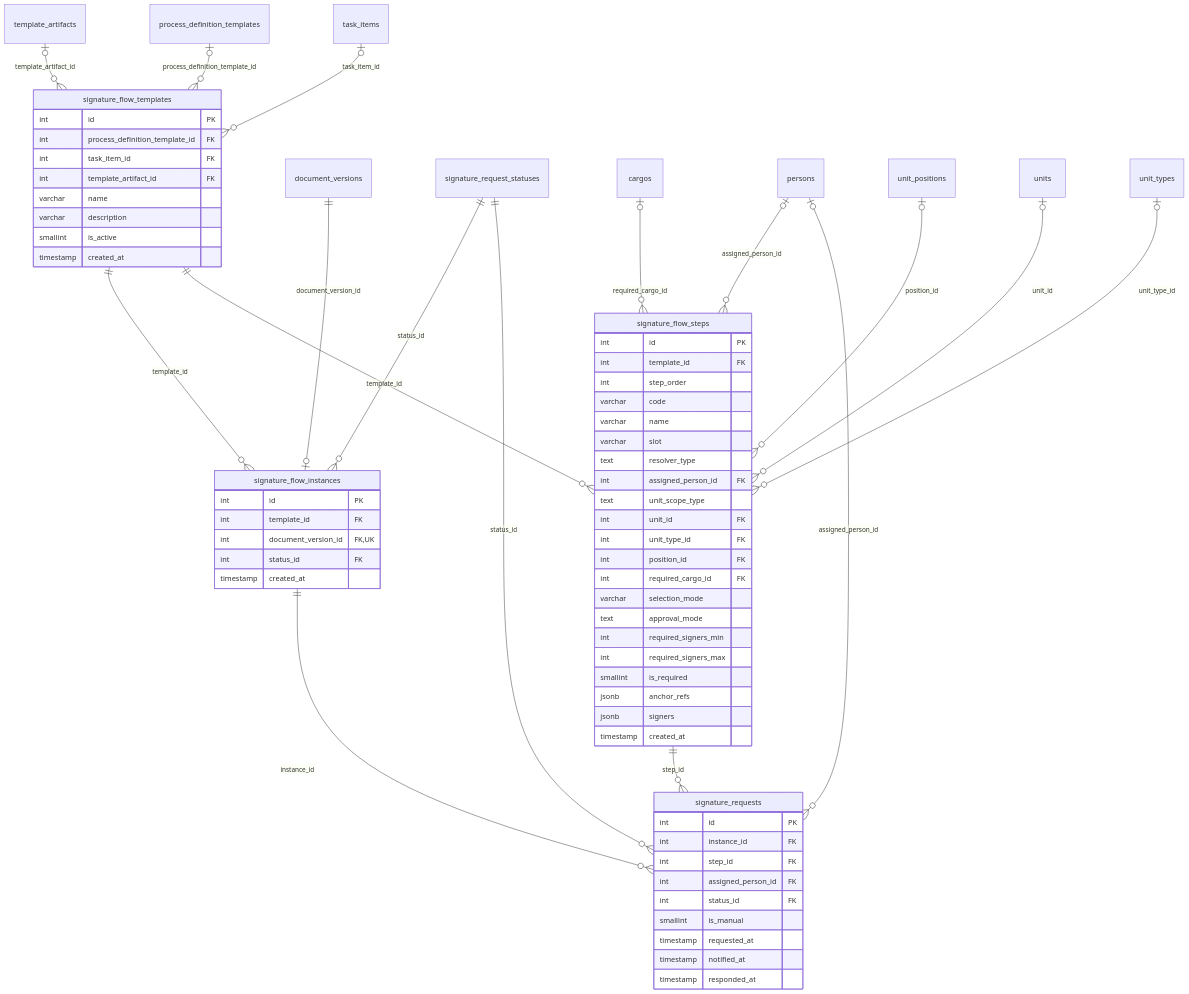
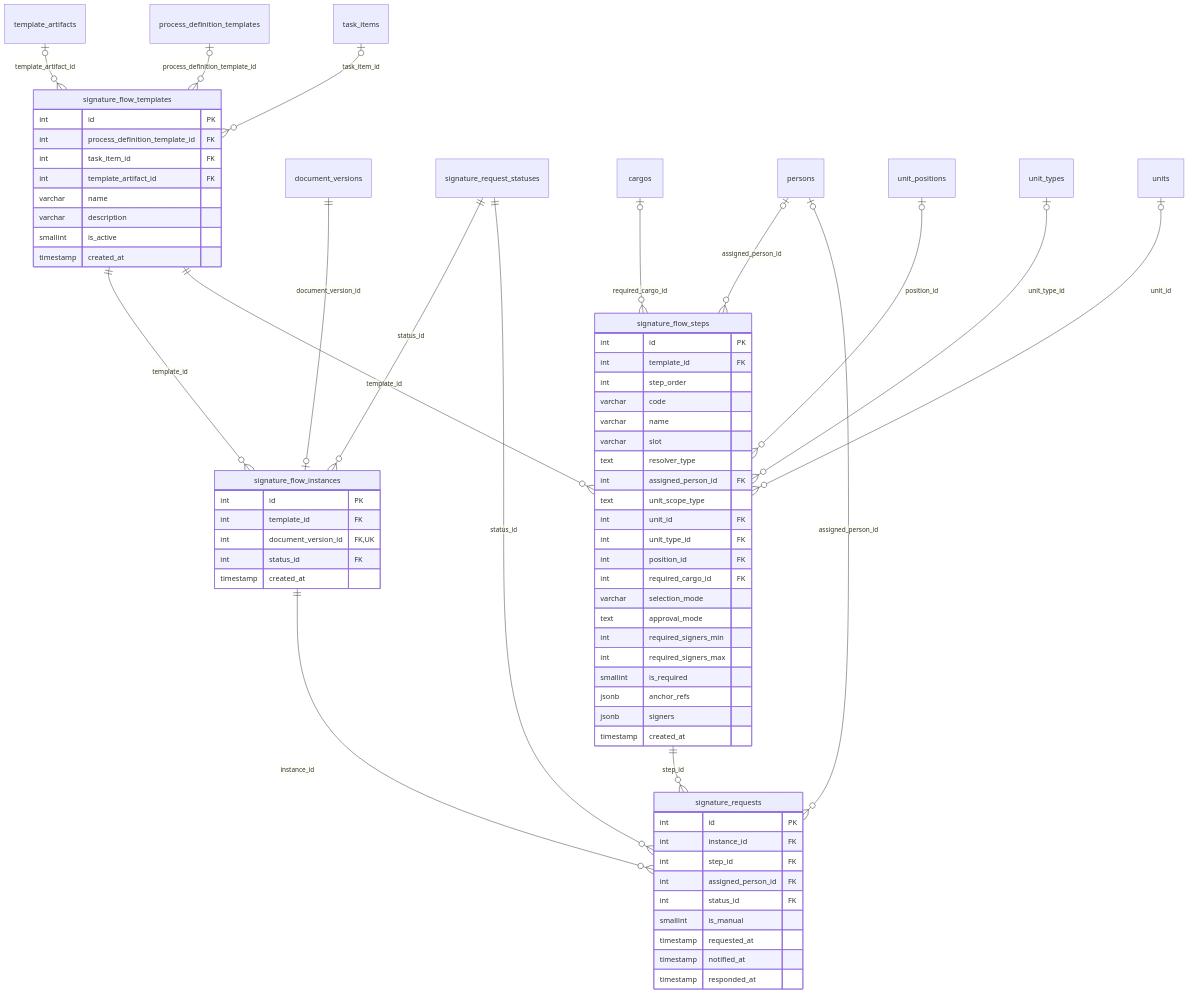
Before and after one commit to fresvel/deasy: the eighth of 10 diagrams in docs/src/content/docs/modelo/mapa-con-campos.md, drawn with Mermaid. The commit also changed other lines of this file and 20 other files, not shown here.

````diff
--- a/docs/src/content/docs/modelo/mapa-con-campos.md
+++ b/docs/src/content/docs/modelo/mapa-con-campos.md
@@ -573,71 +573,71 @@
 ```mermaid
 erDiagram
   %% generado por scripts/docs/gen-mapa-campos.mjs: no se edita a mano
   signature_flow_templates {
     int id PK
     int process_definition_template_id FK
     int task_item_id FK
     int template_artifact_id FK
     varchar name
     varchar description
     smallint is_active
     timestamp created_at
   }
   signature_flow_steps {
     int id PK
     int template_id FK
     int step_order
     varchar code
     varchar name
     varchar slot
     text resolver_type
     int assigned_person_id FK
     text unit_scope_type
     int unit_id FK
     int unit_type_id FK
     int position_id FK
     int required_cargo_id FK
     varchar selection_mode
     text approval_mode
     int required_signers_min
     int required_signers_max
     smallint is_required
     jsonb anchor_refs
     jsonb signers
     timestamp created_at
   }
   signature_flow_instances {
     int id PK
     int template_id FK
     int document_version_id FK, UK
     int status_id FK
     timestamp created_at
   }
   signature_requests {
     int id PK
     int instance_id FK
     int step_id FK
     int assigned_person_id FK
     int status_id FK
     smallint is_manual
     timestamp requested_at
     timestamp notified_at
     timestamp responded_at
   }
   document_versions ||--o| signature_flow_instances : "document_version_id"
   signature_request_statuses ||--o{ signature_flow_instances : "status_id"
   signature_flow_templates ||--o{ signature_flow_instances : "template_id"
   cargos |o--o{ signature_flow_steps : "required_cargo_id"
   persons |o--o{ signature_flow_steps : "assigned_person_id"
   unit_positions |o--o{ signature_flow_steps : "position_id"
   signature_flow_templates ||--o{ signature_flow_steps : "template_id"
+  unit_types |o--o{ signature_flow_steps : "unit_type_id"
   units |o--o{ signature_flow_steps : "unit_id"
-  unit_types |o--o{ signature_flow_steps : "unit_type_id"
   template_artifacts |o--o{ signature_flow_templates : "template_artifact_id"
   process_definition_templates |o--o{ signature_flow_templates : "process_definition_template_id"
   task_items |o--o{ signature_flow_templates : "task_item_id"
   signature_flow_instances ||--o{ signature_requests : "instance_id"
   persons |o--o{ signature_requests : "assigned_person_id"
   signature_request_statuses ||--o{ signature_requests : "status_id"
   signature_flow_steps ||--o{ signature_requests : "step_id"
 ```
````
